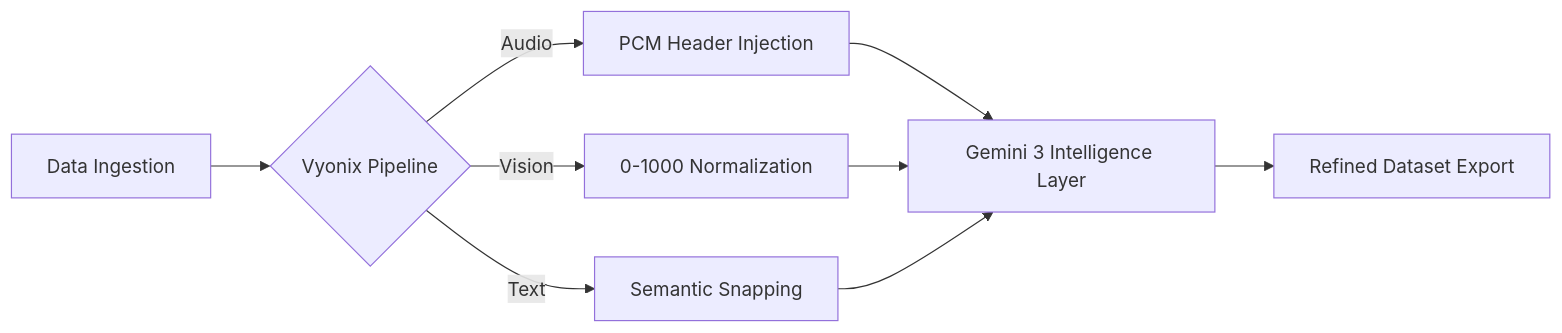
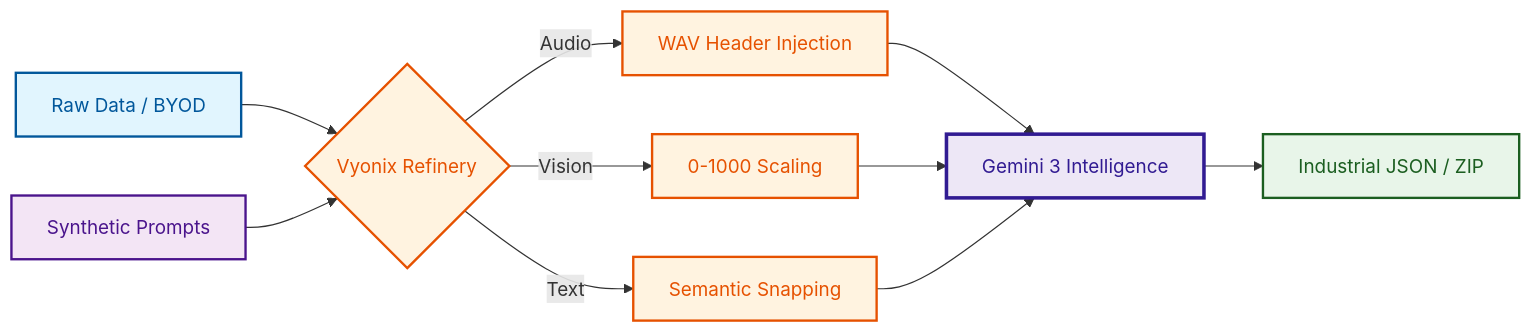
One commit to inareshmatta/vyonix-ai-data-factory changed the diagram in README.md. Above: the diagram before and after it, drawn with Mermaid. The commit also changed other lines of this file and 1 other file, not shown here.

Commit message:
Final Power Update: Complete colorful Mermaid Ecosystem and Engineering blueprints

````diff
--- a/README.md
+++ b/README.md
@@ -46,9 +17,19 @@
 ```mermaid
 graph LR
-    A[Data Ingestion] --> B{Vyonix Pipeline}
-    B -->|Audio| C[PCM Header Injection]
-    B -->|Vision| D[0-1000 Normalization]
-    B -->|Text| E[Semantic Snapping]
-    C & D & E --> F[Gemini 3 Intelligence Layer]
-    F --> G[Refined Dataset Export]
+    %% Styling
+    classDef Ingestion fill:#e1f5fe,stroke:#01579b,stroke-width:2px,color:#01579b;
+    classDef Synthesis fill:#f3e5f5,stroke:#4a148c,stroke-width:2px,color:#4a148c;
+    classDef Refinery fill:#fff3e0,stroke:#e65100,stroke-width:2px,color:#e65100;
+    classDef Gemini fill:#ede7f6,stroke:#311b92,stroke-width:3px,color:#311b92;
+    classDef Output fill:#e8f5e9,stroke:#1b5e20,stroke-width:2px,color:#1b5e20;
+
+    A[Raw Data / BYOD]:::Ingestion --> B{Vyonix Refinery}:::Refinery
+    S[Synthetic Prompts]:::Synthesis --> B
+    
+    B -->|Audio| C[WAV Header Injection]:::Refinery
+    B -->|Vision| D[0-1000 Scaling]:::Refinery
+    B -->|Text| E[Semantic Snapping]:::Refinery
+    
+    C & D & E --> G[Gemini 3 Intelligence]:::Gemini
+    G --> H[Industrial JSON / ZIP]:::Output
 ```
````
